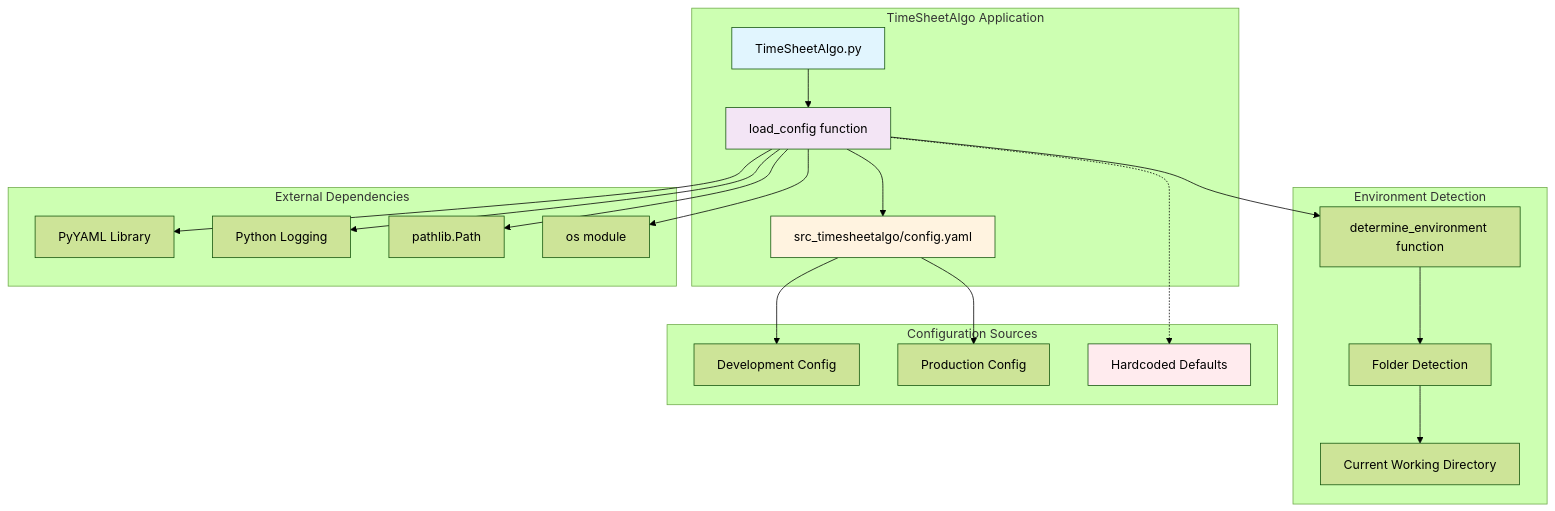
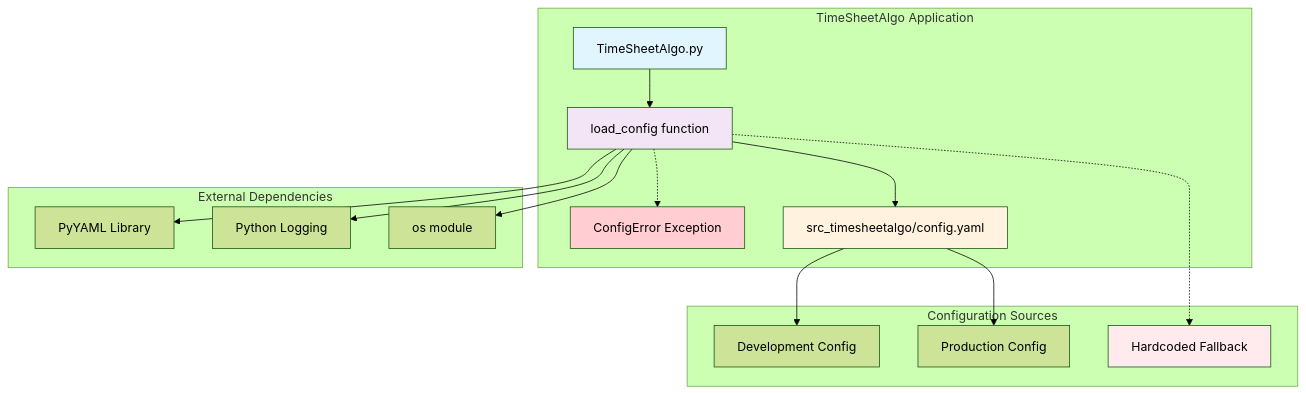
The first of 7 diagrams in doc/Architecture_Diagrams.md (DedeHa/TimeSheet), drawn with Mermaid (forest theme) before and after one commit. The commit also changed other lines of this file and 5 other files, not shown here.

````diff
--- a/doc/Architecture_Diagrams.md
+++ b/doc/Architecture_Diagrams.md
@@ -5,48 +5,39 @@
 ```mermaid
 graph TB
     subgraph "TimeSheetAlgo Application"
         TSA[TimeSheetAlgo.py]
         LCF[load_config function]
+        CE[ConfigError Exception]
         CF[src_timesheetalgo/config.yaml]
-    end
-    
-    subgraph "Environment Detection"
-        ED[determine_environment function]
-        FD[Folder Detection]
-        CWD[Current Working Directory]
     end
     
     subgraph "Configuration Sources"
         DEV[Development Config]
         PROD[Production Config]
-        DEFAULT[Hardcoded Defaults]
+        DEFAULT[Hardcoded Fallback]
     end
     
     subgraph "External Dependencies"
         YAML[PyYAML Library]
         LOG[Python Logging]
-        PATH[pathlib.Path]
         OS[os module]
     end
     
     TSA --> LCF
     LCF --> CF
-    LCF --> ED
     LCF --> YAML
     LCF --> LOG
-    
-    ED --> FD
-    FD --> CWD
+    LCF --> OS
+    LCF -.-> CE
     
     CF --> DEV
     CF --> PROD
     
     LCF -.-> DEFAULT
-    LCF --> PATH
-    LCF --> OS
     
     style TSA fill:#e1f5fe
     style LCF fill:#f3e5f5
     style CF fill:#fff3e0
+    style CE fill:#ffcdd2
     style DEFAULT fill:#ffebee
 ```
````
